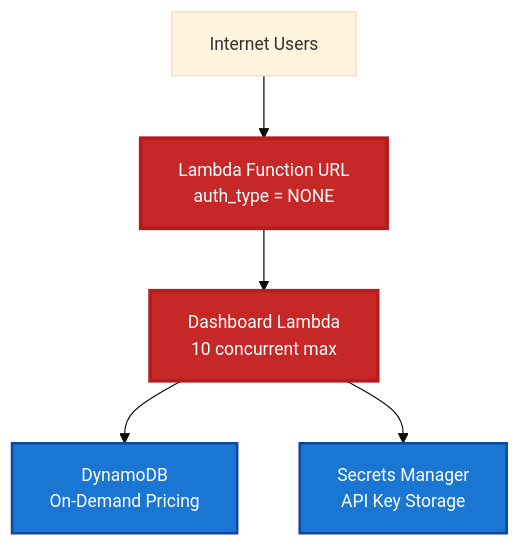
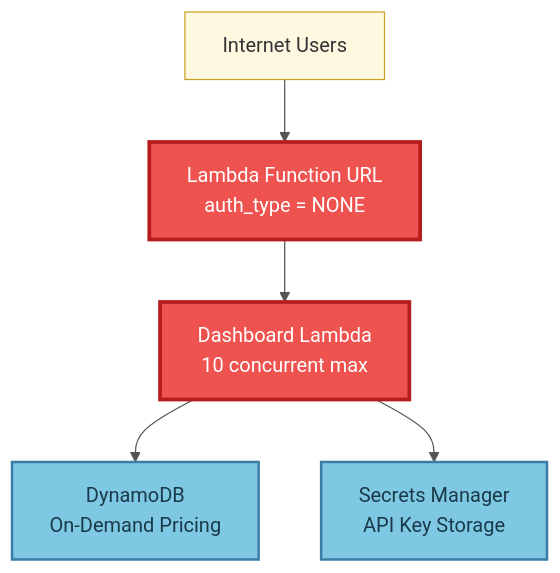
The first of 2 diagrams in docs/DASHBOARD_SECURITY_ANALYSIS.md (traylorre/sentiment-analyzer-gsk), drawn with Mermaid before and after one commit. The commit also changed other lines of this file and 3 other files, not shown here.

First line of the commit message:
docs: Update mermaid diagrams with better contrast colors

````diff
--- a/docs/DASHBOARD_SECURITY_ANALYSIS.md
+++ b/docs/DASHBOARD_SECURITY_ANALYSIS.md
@@ -19,14 +19,14 @@
 ```mermaid
-%%{init: {'theme':'base', 'themeVariables': {'fontSize':'14px'}}}%%
+%%{init: {'theme':'base', 'themeVariables': {'primaryColor':'#fff8e1', 'primaryTextColor':'#333', 'primaryBorderColor':'#c9a227', 'lineColor':'#555'}}}%%
 graph TB
     Internet[Internet Users] --> LambdaURL[Lambda Function URL<br/>auth_type = NONE]
     LambdaURL --> Dashboard[Dashboard Lambda<br/>10 concurrent max]
     Dashboard --> DynamoDB[DynamoDB<br/>On-Demand Pricing]
     Dashboard --> Secrets[Secrets Manager<br/>API Key Storage]
 
-    classDef vulnerable fill:#c62828,stroke:#b71c1c,stroke-width:3px,color:#fff
-    classDef resource fill:#1976d2,stroke:#0d47a1,stroke-width:2px,color:#fff
+    classDef vulnerableNode fill:#ef5350,stroke:#b71c1c,stroke-width:3px,color:#fff
+    classDef resourceNode fill:#7ec8e3,stroke:#3a7ca5,stroke-width:2px,color:#1a3a4a
 
-    class LambdaURL,Dashboard vulnerable
-    class DynamoDB,Secrets resource
+    class LambdaURL,Dashboard vulnerableNode
+    class DynamoDB,Secrets resourceNode
 ```
````
